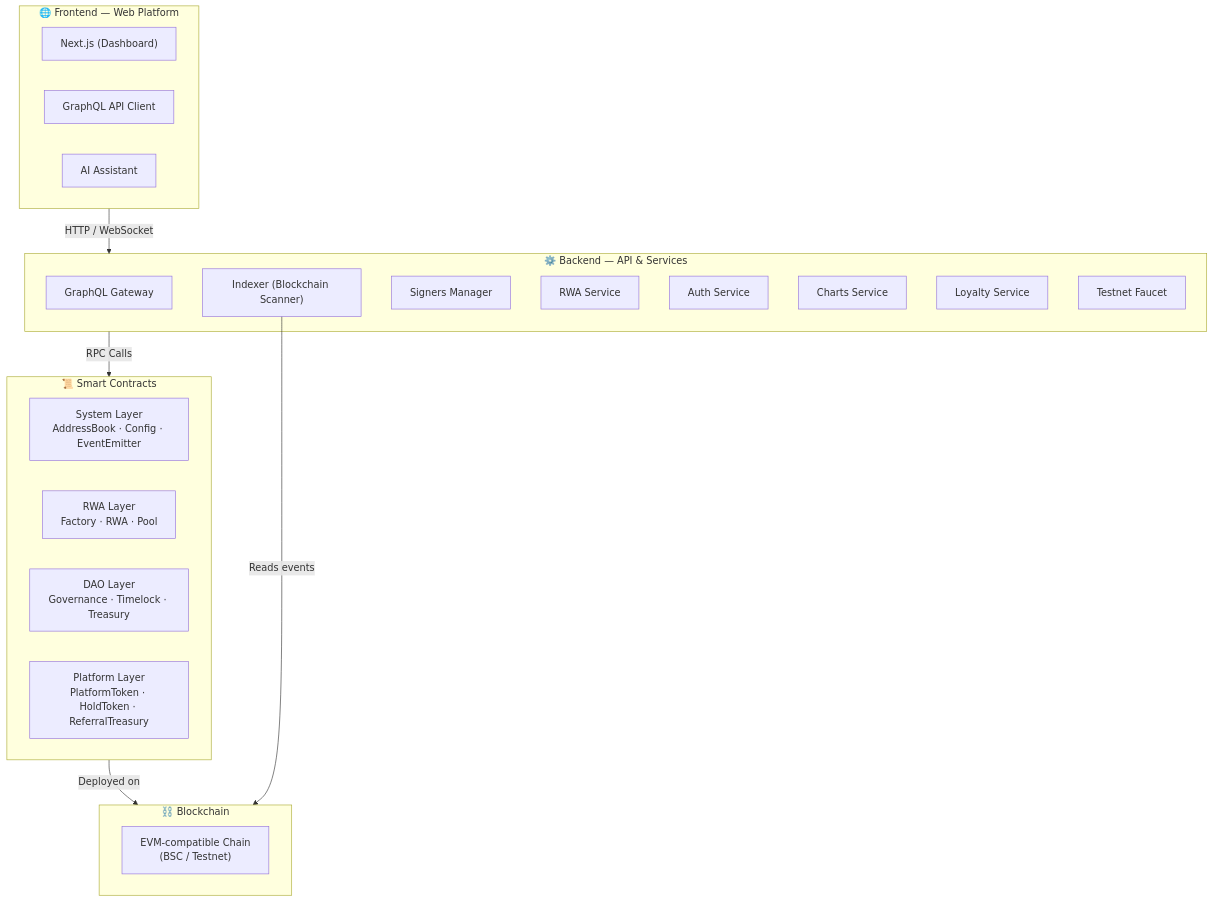
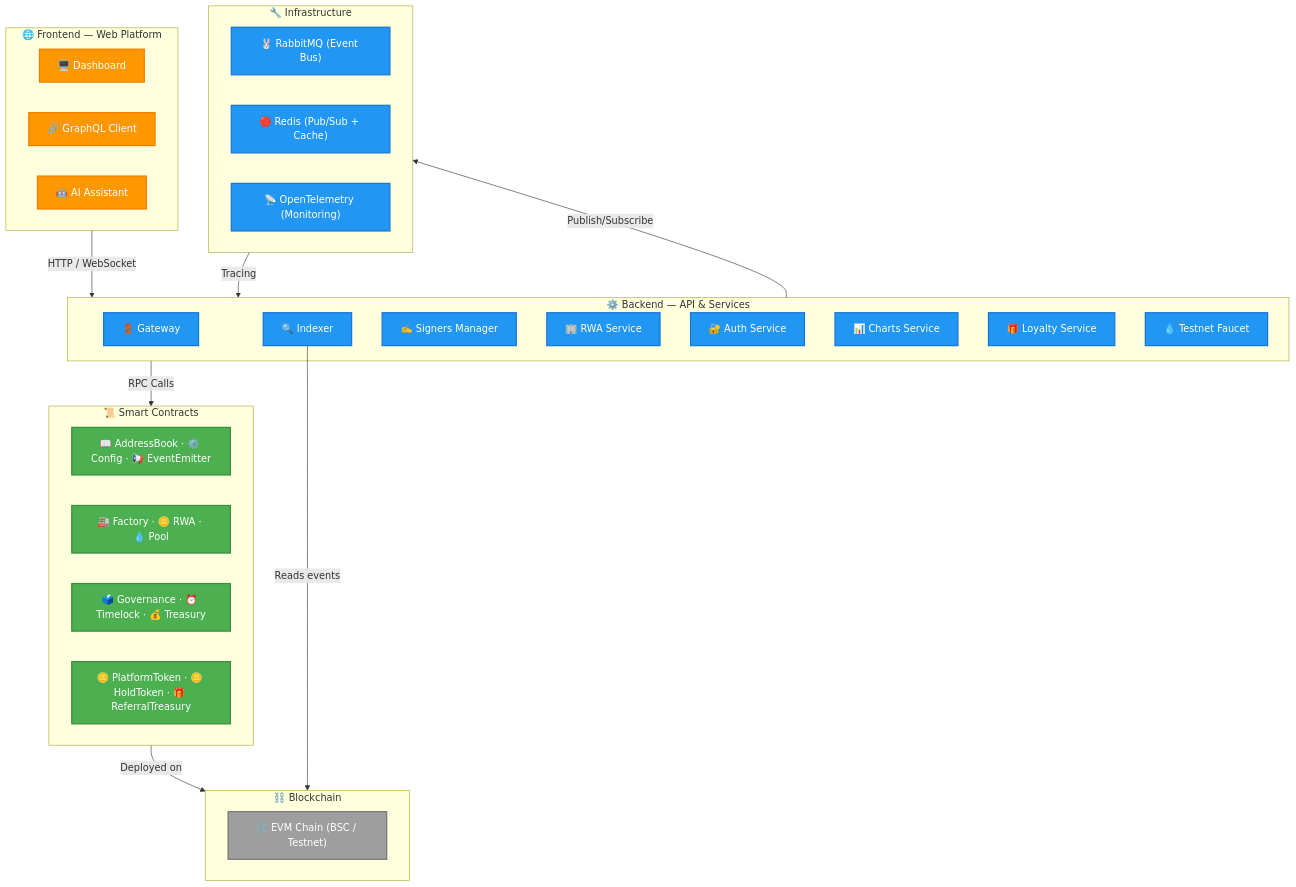
The diagram in content/docs/get-started/architecture.mdx (digitalsoupteam/rwa-platform-docs-new), drawn with Mermaid before and after one commit. The commit also changed other lines of this file and 49 other files, not shown here.

````diff
--- a/content/docs/get-started/architecture.mdx
+++ b/content/docs/get-started/architecture.mdx
@@ -12,35 +12,56 @@
 ```mermaid
 flowchart TB
+    %% Class definitions
+    classDef green fill:#4CAF50,stroke:#388E3C,stroke-width:2px,color:#fff
+    classDef blue fill:#2196F3,stroke:#1976D2,stroke-width:2px,color:#fff
+    classDef orange fill:#FF9800,stroke:#F57C00,stroke-width:2px,color:#fff
+    classDef red fill:#f44336,stroke:#D32F2F,stroke-width:2px,color:#fff
+    classDef grey fill:#9E9E9E,stroke:#757575,stroke-width:2px,color:#fff
+
     subgraph Frontend["🌐 Frontend — Web Platform"]
-        NextJS["Next.js (Dashboard)"]
-        GraphQL["GraphQL API Client"]
-        AI["AI Assistant"]
+        NextJS["🖥️ Dashboard"]
+        GraphQL["🔗 GraphQL Client"]
+        AI["🤖 AI Assistant"]
     end
 
     subgraph Backend["⚙️ Backend — API & Services"]
-        Gateway["GraphQL Gateway"]
-        Indexer["Indexer (Blockchain Scanner)"]
-        Signers["Signers Manager"]
-        RWA["RWA Service"]
-        Auth["Auth Service"]
-        Charts["Charts Service"]
-        Loyalty["Loyalty Service"]
-        Faucet["Testnet Faucet"]
+        Gateway["🚪 Gateway"]
+        Indexer["🔍 Indexer"]
+        Signers["✍️ Signers Manager"]
+        RWA["🏢 RWA Service"]
+        Auth["🔐 Auth Service"]
+        Charts["📊 Charts Service"]
+        Loyalty["🎁 Loyalty Service"]
+        Faucet["💧 Testnet Faucet"]
     end
 
     subgraph SmartContracts["📜 Smart Contracts"]
-        System["System Layer<br/>AddressBook · Config · EventEmitter"]
-        RWA_Layer["RWA Layer<br/>Factory · RWA · Pool"]
-        DAO["DAO Layer<br/>Governance · Timelock · Treasury"]
-        Platform["Platform Layer<br/>PlatformToken · HoldToken · ReferralTreasury"]
+        System["📖 AddressBook · ⚙️ Config · 📢 EventEmitter"]
+        RWA_Layer["🏭 Factory · 🪙 RWA · 💧 Pool"]
+        DAO["🗳️ Governance · ⏰ Timelock · 💰 Treasury"]
+        Platform["🪙 PlatformToken · 🪙 HoldToken · 🎁 ReferralTreasury"]
     end
 
     subgraph Blockchain["⛓️ Blockchain"]
-        EVM["EVM-compatible Chain<br/>(BSC / Testnet)"]
+        EVM["⛓️ EVM Chain (BSC / Testnet)"]
+    end
+
+    subgraph Infrastructure["🔧 Infrastructure"]
+        RMQ["🐰 RabbitMQ (Event Bus)"]
+        Redis["🔴 Redis (Pub/Sub + Cache)"]
+        OTEL["📡 OpenTelemetry (Monitoring)"]
     end
 
     Frontend -->|"HTTP / WebSocket"| Backend
     Backend -->|"RPC Calls"| SmartContracts
     SmartContracts -->|"Deployed on"| Blockchain
     Indexer -->|"Reads events"| Blockchain
+    Backend -->|"Publish/Subscribe"| Infrastructure
+    Infrastructure -->|"Tracing"| Backend
+
+    class NextJS,GraphQL,AI orange
+    class Gateway,Indexer,Signers,RWA,Auth,Charts,Loyalty,Faucet blue
+    class System,RWA_Layer,DAO,Platform green
+    class EVM grey
+    class RMQ,Redis,OTEL blue
 ```
````
